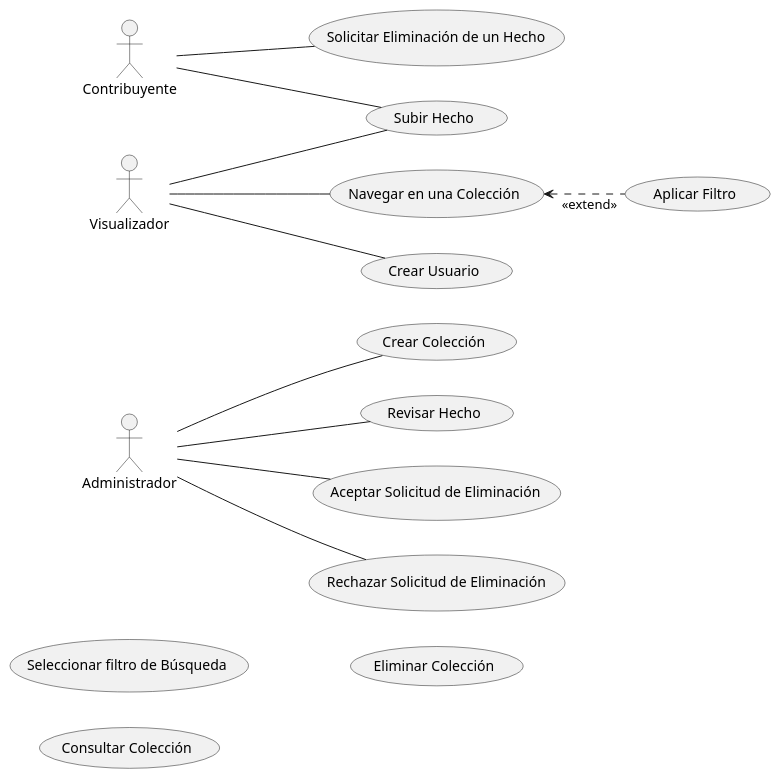
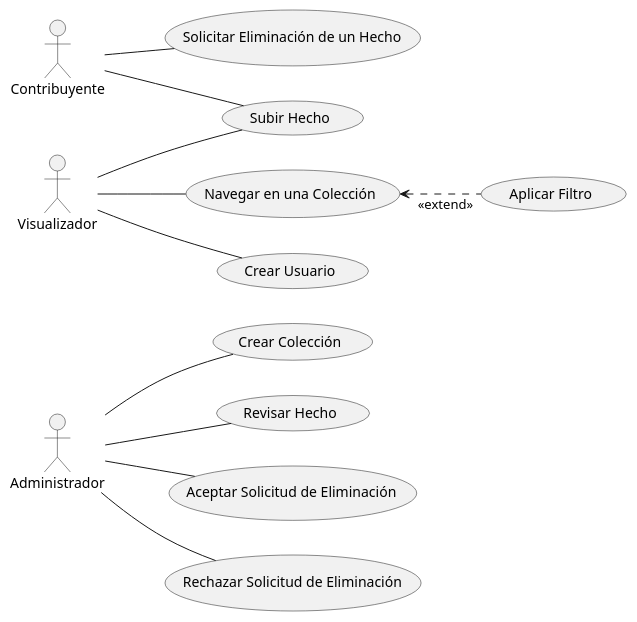
The diagram in entregables/entrega-1/CasosDeUso.puml (valenap-utn/metamapa-utn-2025), drawn with PlantUML before and after one commit.

Commit message:
Detalles en Diagrama de Casos de Uso :))

```diff
--- a/entregables/entrega-1/CasosDeUso.puml
+++ b/entregables/entrega-1/CasosDeUso.puml
@@ -1,62 +1,52 @@
 @startuml
 'https://plantuml.com/use-case-diagram
 
 Administrador as Admin
 Contribuyente as Contrib
 Visualizador as Visual
 
 left to right direction
 :Admin: -- (Crear Colección)
 :Admin: -- (Revisar Hecho)
 ':Admin: -- (Etiquetar Hecho)
 :Admin: -- (Aceptar Solicitud de Eliminación)
 :Admin: -- (Rechazar Solicitud de Eliminación)
 ':Admin: -- (Consultar Hechos)
 
 
 'Constribuyentes pueden ser personas:
 ' anónimas (visualizador) o identificadas (contribuyente)
 
 'Podriamos => consider tanto a
 'CONTRIBUYENTE como VISUALIZADOR ,
 ' como ROLES de una clase PERSONA ???
 
 
 :Contrib: -- (Subir Hecho)
 ':Contrib: -- (Cargar Origen)
 :Contrib: -- (Solicitar Eliminación de un Hecho)
 
 
 :Visual: -- (Navegar en una Colección)
 ':Visual: -- (Utilizar Información)
 :Visual: -- (Subir Hecho)
 :Visual: -- (Crear Usuario)
 
 
 (Navegar en una Colección) <.. "<<extend>>" (Aplicar Filtro)
 
 
-
-(Seleccionar filtro de Búsqueda)
-
-(Consultar Colección)
-
-
-'Solo alguien específico puede
-(Eliminar Colección)
-
-
 'Requerimientos de dominio
  '1. Como persona administradora, deseo crear una colección.
 
  '2. Como persona administradora, deseo poder importar hechos desde un archivo CSV.
 
  '3. Como persona visualizadora, deseo navegar todos los hechos disponibles de una colección.
 
  '4. Como persona visualizadora, deseo navegar los hechos disponibles de una colección, aplicando filtros.
 
  '5. Como persona contribuyente, deseo poder solicitar la eliminación de un hecho.
 
  '6. Como persona administradora, deseo poder aceptar o rechazar la solicitud de eliminación de un hecho.
 
 @enduml
```
